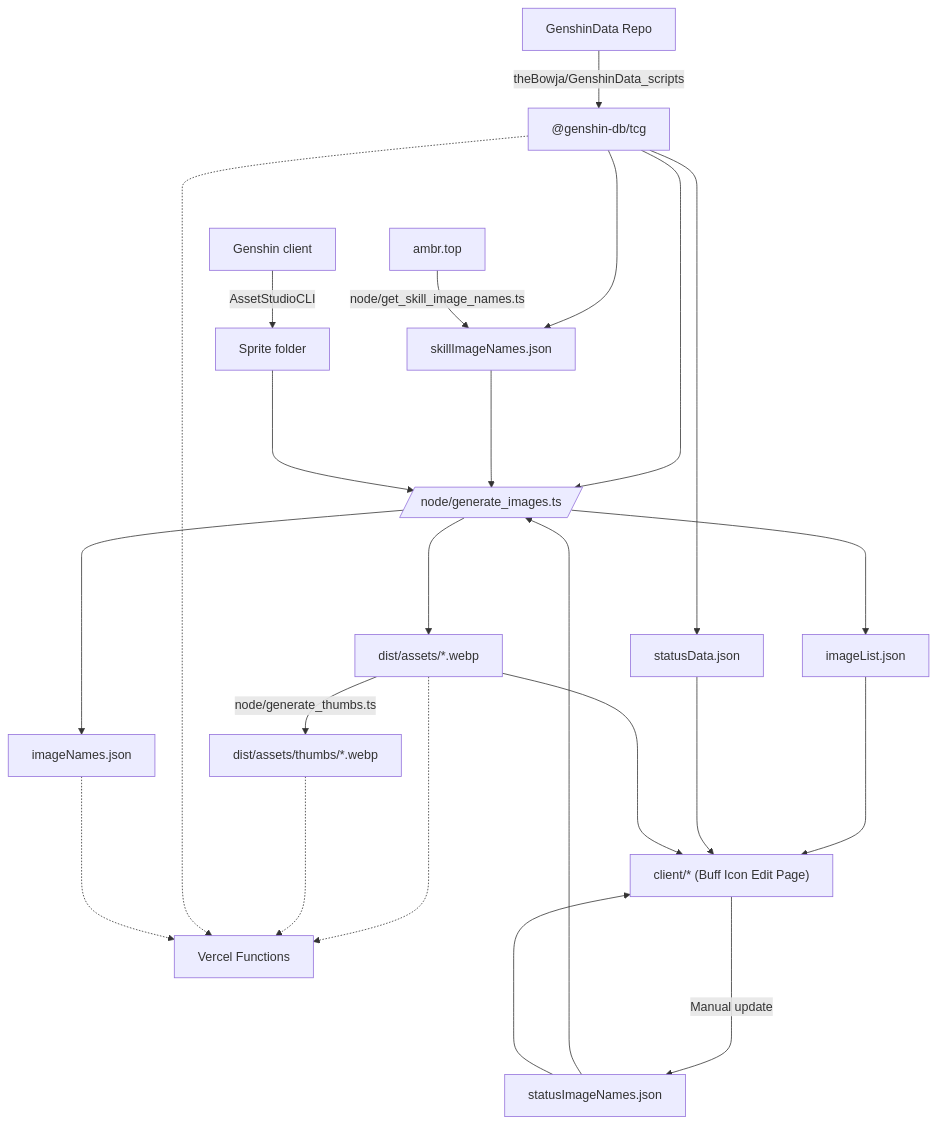
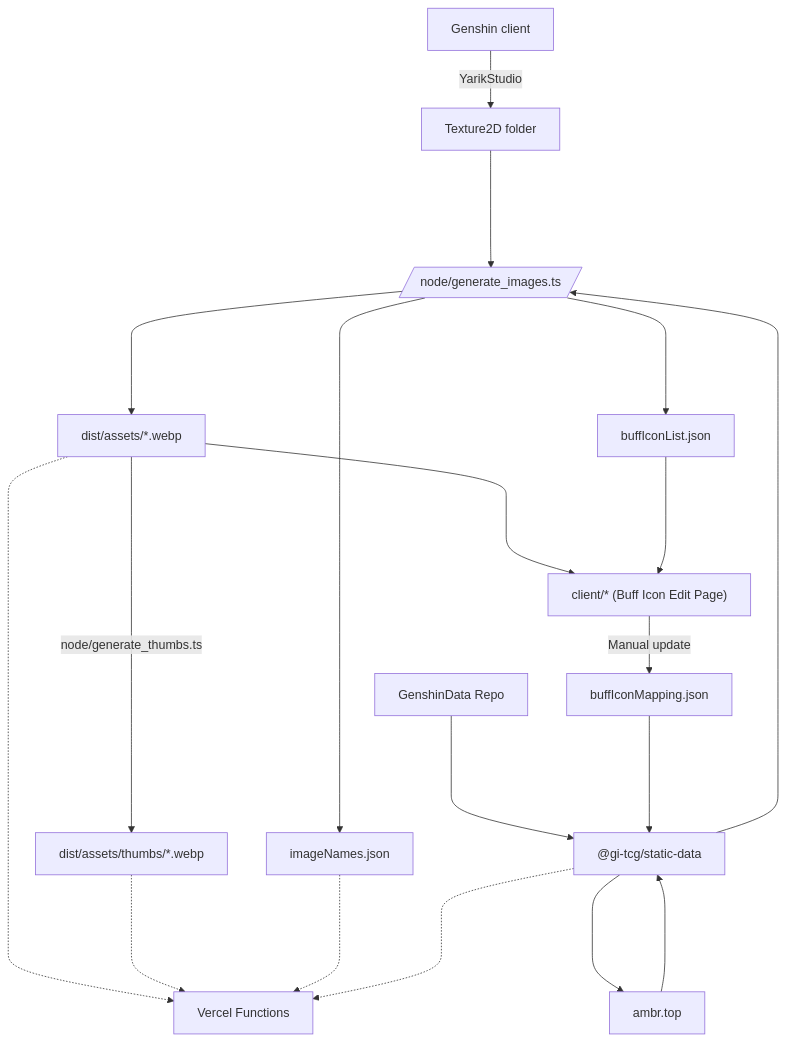
Before and after one commit to guyutongxue/gi-tcg-assets: the diagram in README.md, drawn with Mermaid. The commit also changed 6 other files, not shown here.

````diff
--- a/README.md
+++ b/README.md
@@ -5,26 +5,22 @@
 ```mermaid
 flowchart TB;
-genshin:[Genshin client] --AssetStudioCLI--> sprite:[Sprite folder];
-genshinData:[GenshinData Repo] --"theBowja/GenshinData_scripts"-->npmdb:["@genshin-db/tcg"];
-npmdb:---->skillName:;
-npmdb:---->genImageTs:[/"node/generate_images.ts"/];
-ambr:[ambr.top] --"node/get_skill_image_names.ts"-->skillName:[skillImageNames.json];
-skillName:---->genImageTs:;
-sprite:---->genImageTs:;
+genshin:[Genshin client] -- YarikStudio --> texture2D:[Texture2D folder];
+ambr:[ambr.top]---->staticData:["@gi-tcg/static-data"];
+genshinData:[GenshinData Repo]---->staticData:;
+staticData:---->genImageTs:[/"node/generate_images.ts"/];
+staticData:---->ambr:;
+texture2D:---->genImageTs:;
 genImageTs:---->webp:["dist/assets/*.webp"];
 webp:--"node/generate_thumbs.ts"-->webpThumb:["dist/assets/thumbs/*.webp"];
-genImageTs:---->imageList:[imageList.json];
+webp:---->frontend:;
+genImageTs:---->imageList:[buffIconList.json];
 genImageTs:---->imageNames:[imageNames.json];
 imageList:---->frontend:["client/* (Buff Icon Edit Page)"];
-npmdb:---->statusData:[statusData.json];
-statusData:---->frontend:;
-webp:---->frontend:;
-frontend:--"Manual update"-->statusImage:[statusImageNames.json];
-statusImage:---->genImageTs:;
-statusImage:---->frontend:;
+frontend:--"Manual update"-->buffIconMapping:[buffIconMapping.json];
+buffIconMapping:---->staticData:;
 
 webp:-...->api:[Vercel Functions];
 webpThumb:-...->api:;
-npmdb:-...->api:;
 imageNames:-...->api:;
+staticData:-...->api:;
 ```
````
